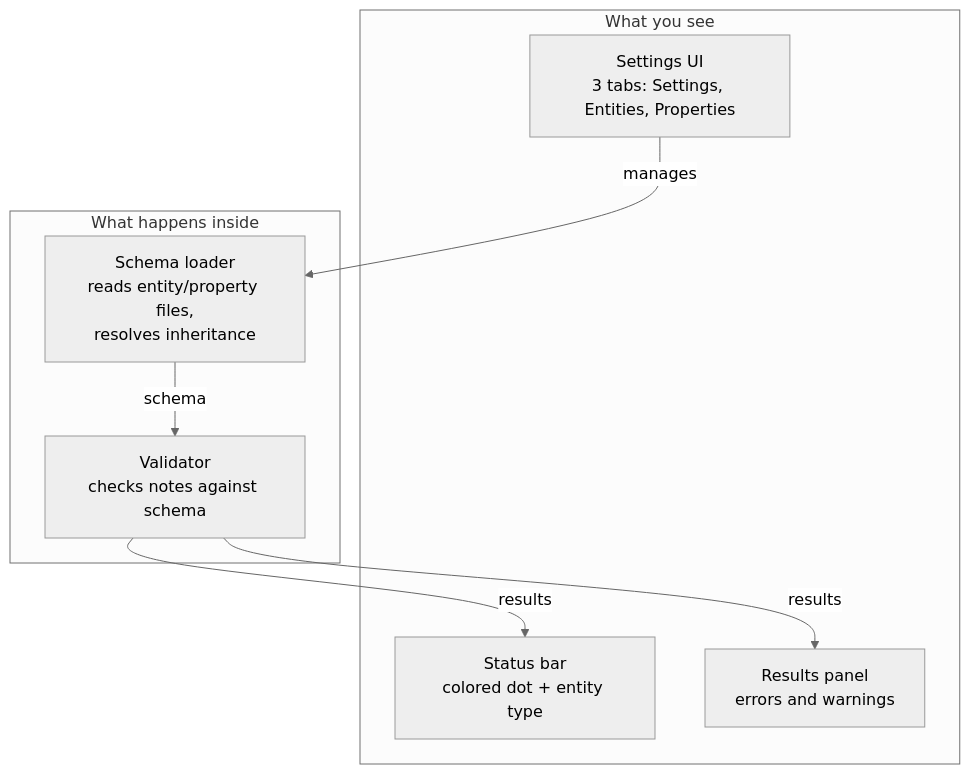
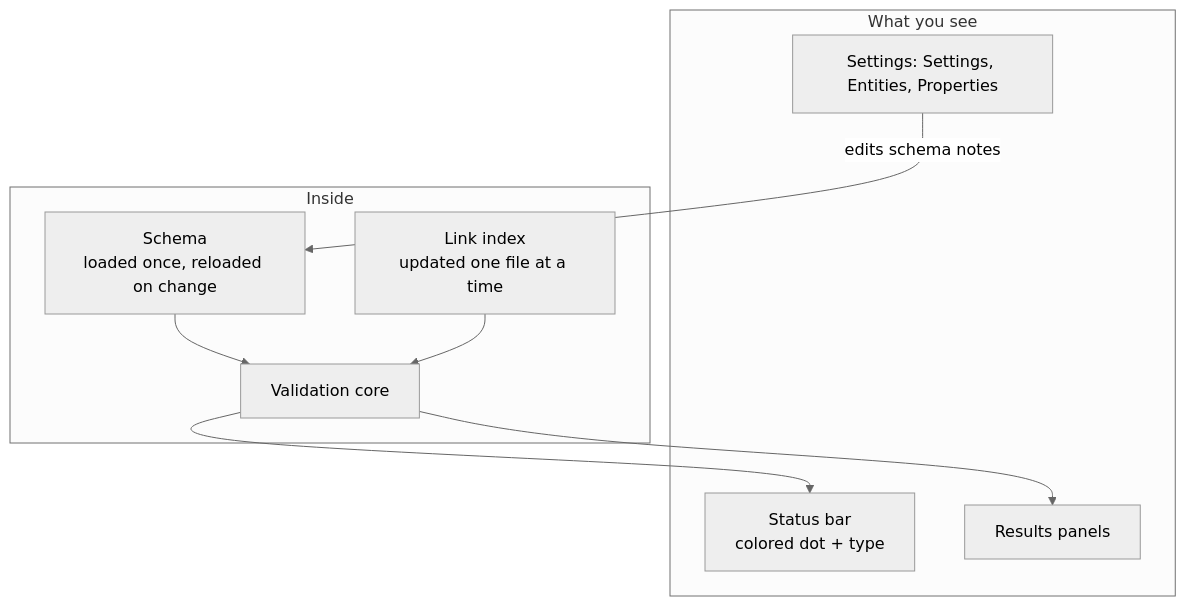
The fourth of 4 diagrams in docs/architecture.md (mishachepi/obsi-validate), drawn with Mermaid (neutral theme) before and after one commit. The commit also changed other lines of this file and 13 other files, not shown here.

First line of the commit message:
docs: match the code — schema reference, CLI, configuration, architecture, mdbase engine, troubleshooting

````diff
--- a/docs/architecture.md
+++ b/docs/architecture.md
@@ -61,18 +96,20 @@
 ```mermaid
 flowchart TB
     subgraph What you see
-        SB["Status bar<br/>colored dot + entity type"]
-        RP["Results panel<br/>errors and warnings"]
-        ST["Settings UI<br/>3 tabs: Settings, Entities, Properties"]
+        SB["Status bar<br/>colored dot + type"]
+        RP["Results panels"]
+        ST["Settings: Settings, Entities, Properties"]
     end
 
-    subgraph What happens inside
-        SC["Schema loader<br/>reads entity/property files,<br/>resolves inheritance"]
-        VL["Validator<br/>checks notes against schema"]
+    subgraph Inside
+        SC["Schema<br/>loaded once, reloaded on change"]
+        LI["Link index<br/>updated one file at a time"]
+        VL["Validation core"]
     end
 
-    ST -->|"manages"| SC
-    SC -->|"schema"| VL
-    VL -->|"results"| SB
-    VL -->|"results"| RP
+    ST -->|"edits schema notes"| SC
+    SC --> VL
+    LI --> VL
+    VL --> SB
+    VL --> RP
 ```
````
